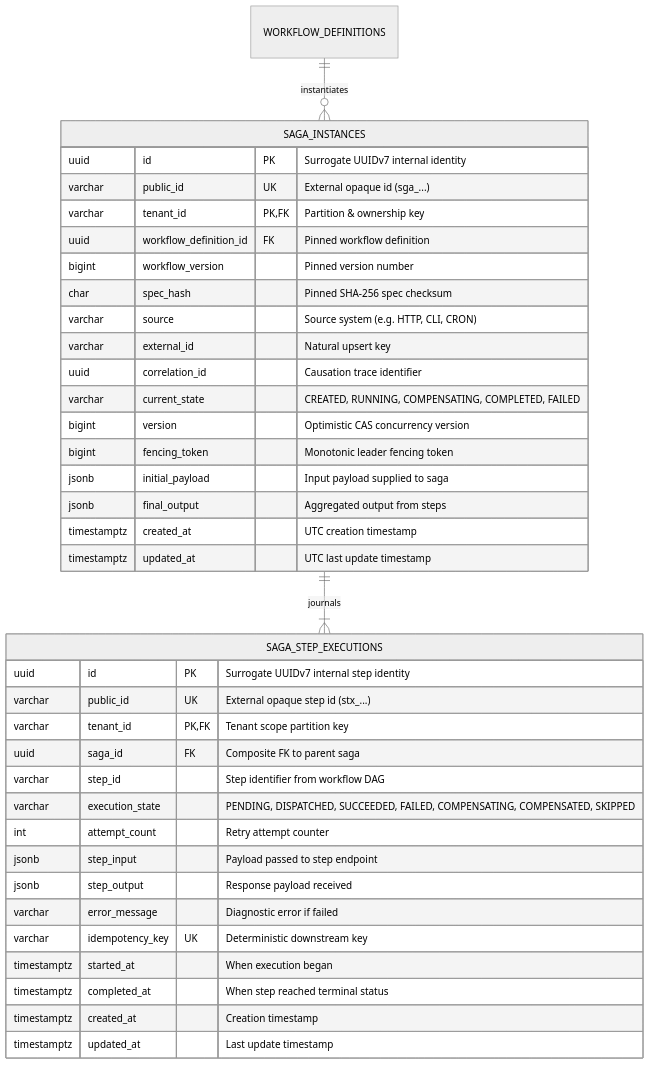
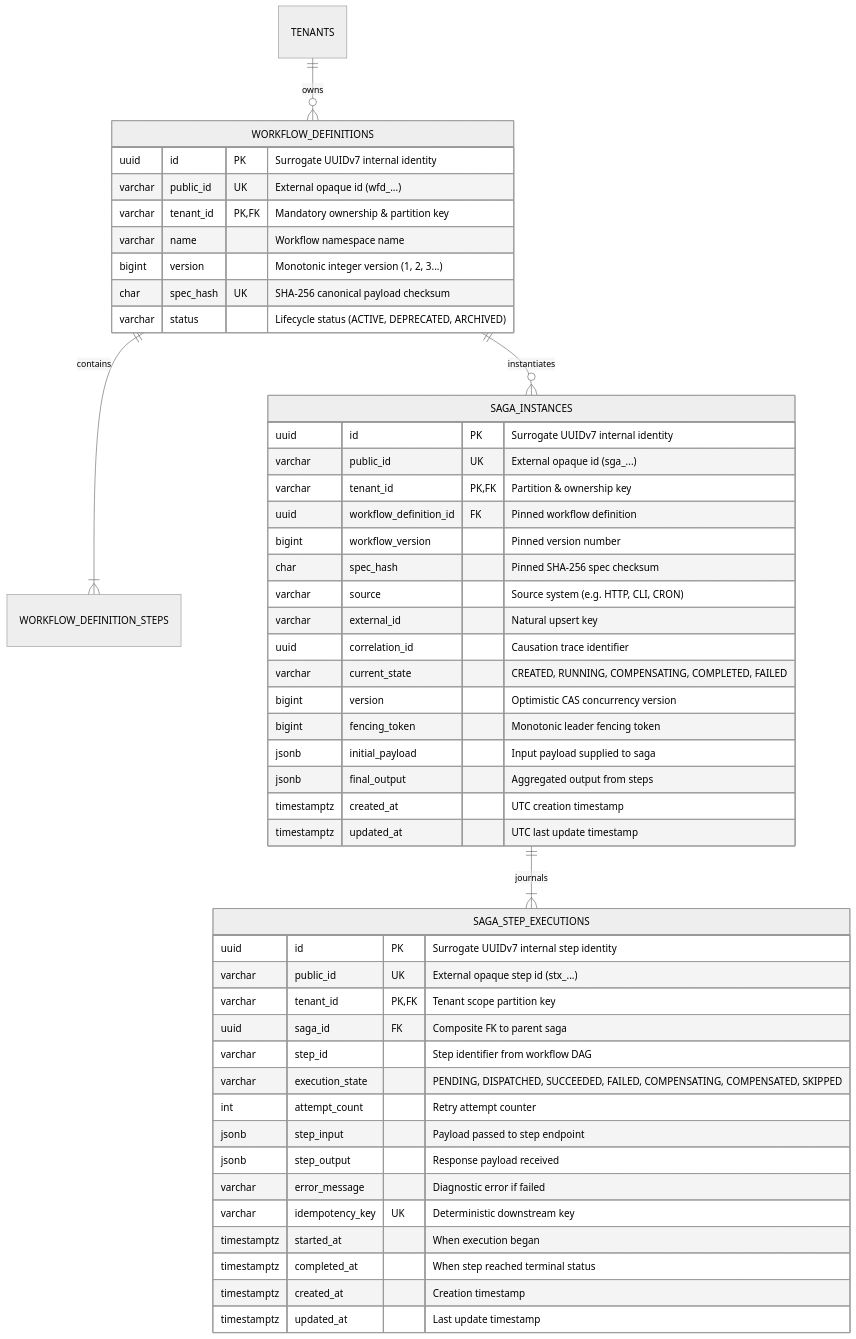
Before and after one commit to Chief-Strategist-J/distributed-transaction-engine: the diagram in docs/features/saga-orchestration/adr.md, drawn with Mermaid (neutral theme). The commit also changed other lines of this file and 8 other files, not shown here.

Commit message:
docs(saga-orchestration): expand ADR-0004 with full architectural options, ERD, relational DDL, algorithms, and compliance matrix

````diff
--- a/docs/features/saga-orchestration/adr.md
+++ b/docs/features/saga-orchestration/adr.md
@@ -41,42 +75,54 @@
 ```mermaid
 erDiagram
+    TENANTS ||--o{ WORKFLOW_DEFINITIONS : owns
+    WORKFLOW_DEFINITIONS ||--|{ WORKFLOW_DEFINITION_STEPS : contains
     WORKFLOW_DEFINITIONS ||--o{ SAGA_INSTANCES : instantiates
     SAGA_INSTANCES ||--|{ SAGA_STEP_EXECUTIONS : journals
+
+    WORKFLOW_DEFINITIONS {
+        uuid id PK "Surrogate UUIDv7 internal identity"
+        varchar public_id UK "External opaque id (wfd_...)"
+        varchar tenant_id PK,FK "Mandatory ownership & partition key"
+        varchar name "Workflow namespace name"
+        bigint version "Monotonic integer version (1, 2, 3...)"
+        char spec_hash UK "SHA-256 canonical payload checksum"
+        varchar status "Lifecycle status (ACTIVE, DEPRECATED, ARCHIVED)"
+    }
 
     SAGA_INSTANCES {
         uuid id PK "Surrogate UUIDv7 internal identity"
         varchar public_id UK "External opaque id (sga_...)"
         varchar tenant_id PK,FK "Partition & ownership key"
         uuid workflow_definition_id FK "Pinned workflow definition"
         bigint workflow_version "Pinned version number"
         char spec_hash "Pinned SHA-256 spec checksum"
         varchar source "Source system (e.g. HTTP, CLI, CRON)"
         varchar external_id "Natural upsert key"
         uuid correlation_id "Causation trace identifier"
         varchar current_state "CREATED, RUNNING, COMPENSATING, COMPLETED, FAILED"
         bigint version "Optimistic CAS concurrency version"
         bigint fencing_token "Monotonic leader fencing token"
         jsonb initial_payload "Input payload supplied to saga"
         jsonb final_output "Aggregated output from steps"
         timestamptz created_at "UTC creation timestamp"
         timestamptz updated_at "UTC last update timestamp"
     }
 
     SAGA_STEP_EXECUTIONS {
         uuid id PK "Surrogate UUIDv7 internal step identity"
         varchar public_id UK "External opaque step id (stx_...)"
         varchar tenant_id PK,FK "Tenant scope partition key"
         uuid saga_id FK "Composite FK to parent saga"
         varchar step_id "Step identifier from workflow DAG"
         varchar execution_state "PENDING, DISPATCHED, SUCCEEDED, FAILED, COMPENSATING, COMPENSATED, SKIPPED"
         int attempt_count "Retry attempt counter"
         jsonb step_input "Payload passed to step endpoint"
         jsonb step_output "Response payload received"
         varchar error_message "Diagnostic error if failed"
         varchar idempotency_key UK "Deterministic downstream key"
         timestamptz started_at "When execution began"
         timestamptz completed_at "When step reached terminal status"
         timestamptz created_at "Creation timestamp"
         timestamptz updated_at "Last update timestamp"
     }
 ```
````
